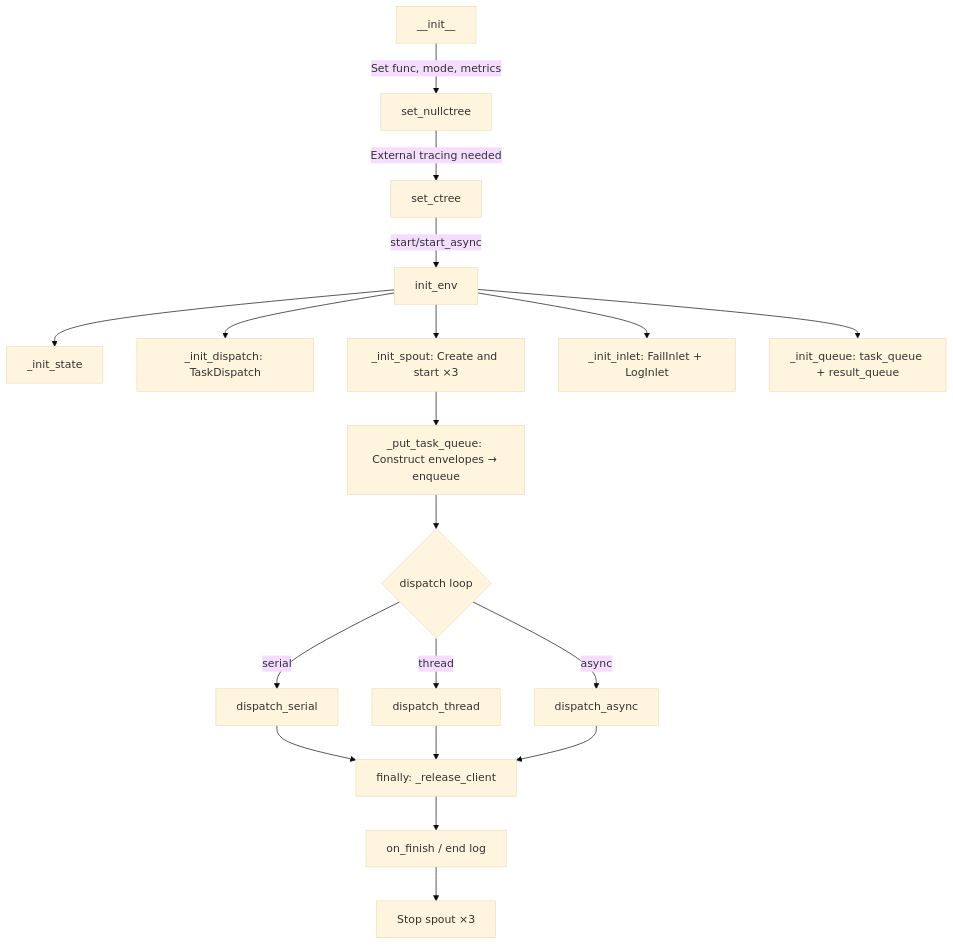
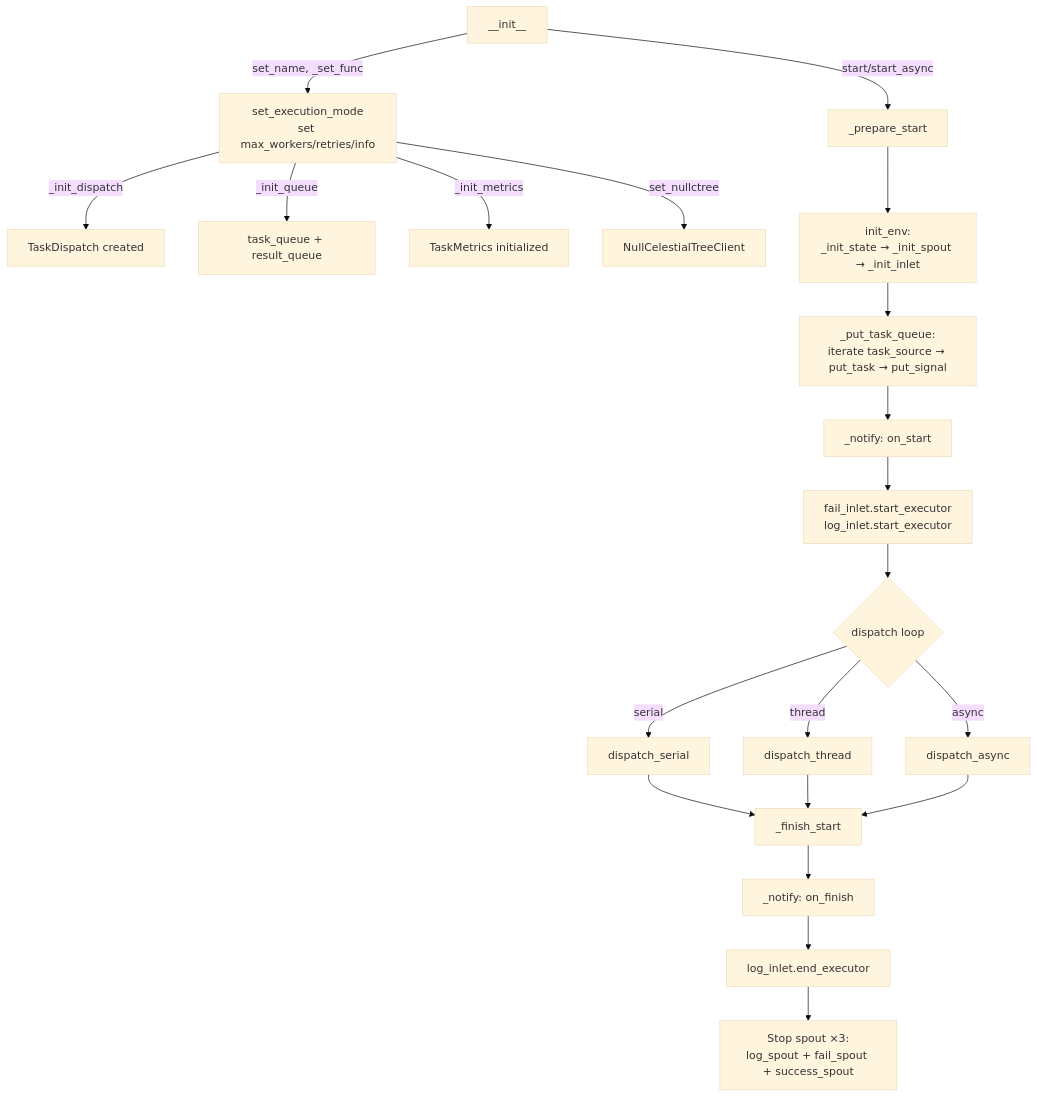
The diagram in docs/en/src/stage/core_executor.md (Mr-xiaotian/CelestialFlow), drawn with Mermaid (base theme) before and after one commit. The commit also changed other lines of this file and 278 other files, not shown here.

````diff
--- a/docs/en/src/stage/core_executor.md
+++ b/docs/en/src/stage/core_executor.md
@@ -186,21 +164,27 @@
 ```mermaid
 flowchart TD
-    INIT[__init__] -->|Set func, mode, metrics| NULLCTREE[set_nullctree]
-    NULLCTREE -->|External tracing needed| SETCTREE[set_ctree]
-    SETCTREE -->|start/start_async| ENV[init_env]
-    ENV --> STATE[_init_state]
-    ENV --> DISPATCH_INIT[_init_dispatch: TaskDispatch]
-    ENV --> SPOUT[_init_spout: Create and start ×3]
-    ENV --> INLET[_init_inlet: FailInlet + LogInlet]
-    ENV --> QUEUE[_init_queue: task_queue + result_queue]
-    SPOUT --> PUT[_put_task_queue: Construct envelopes → enqueue]
-    PUT --> RUN{dispatch loop}
+    INIT[__init__] -->|set_name, _set_func| CONFIG[set_execution_mode<br/>set max_workers/retries/info]
+    CONFIG -->|_init_dispatch| DISPATCH[TaskDispatch created]
+    CONFIG -->|_init_queue| QUEUE[task_queue + result_queue]
+    CONFIG -->|_init_metrics| METRICS[TaskMetrics initialized]
+    CONFIG -->|set_nullctree| CTREE[NullCelestialTreeClient]
+
+    INIT -->|start/start_async| PREPARE[_prepare_start]
+    PREPARE --> ENV[init_env:<br/>_init_state → _init_spout → _init_inlet]
+    ENV --> PUT[_put_task_queue:<br/>iterate task_source → put_task → put_signal]
+    PUT --> NOTIFY_START[_notify: on_start]
+    NOTIFY_START --> LOG_START[fail_inlet.start_executor<br/>log_inlet.start_executor]
+
+    LOG_START --> RUN{dispatch loop}
     RUN -->|serial| SERIAL[dispatch_serial]
     RUN -->|thread| THREAD[dispatch_thread]
     RUN -->|async| ASYNC[dispatch_async]
-    SERIAL --> CLEANUP[finally: _release_client]
-    THREAD --> CLEANUP
-    ASYNC --> CLEANUP
-    CLEANUP --> NOTIFY[on_finish / end log]
-    NOTIFY --> STOP[Stop spout ×3]
+
+    SERIAL --> FINISH[_finish_start]
+    THREAD --> FINISH
+    ASYNC --> FINISH
+
+    FINISH --> NOTIFY_END[_notify: on_finish]
+    NOTIFY_END --> LOG_END[log_inlet.end_executor]
+    LOG_END --> STOP[Stop spout ×3:<br/>log_spout + fail_spout + success_spout]
 ```
````
